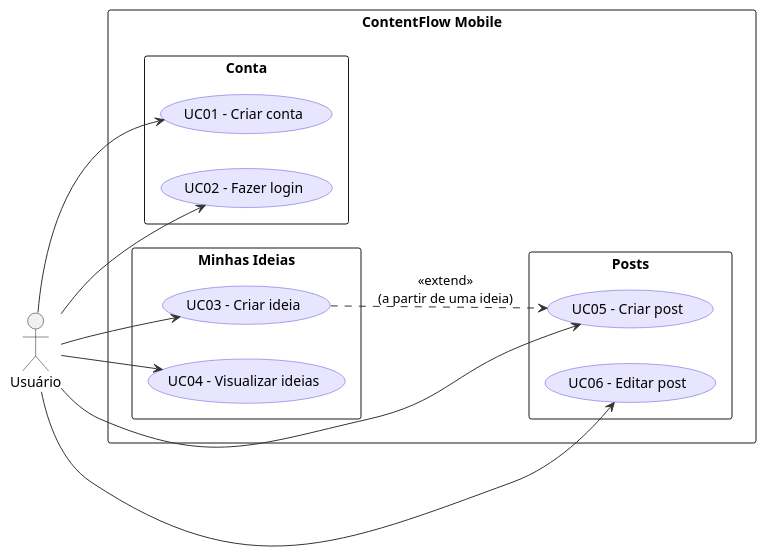
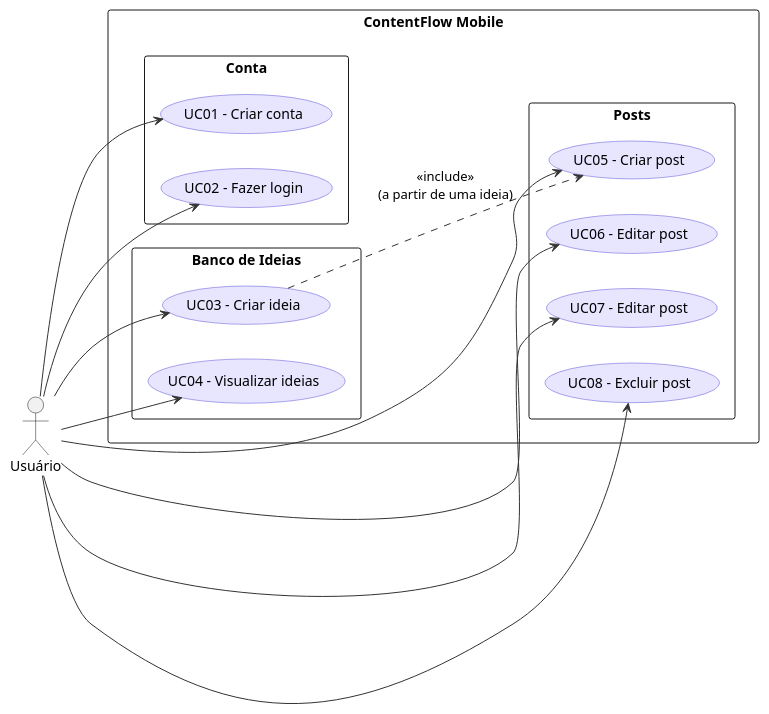
The diagram in docs/Diagrama-de-casos-de-uso/Diagrama-v0.1.puml (Jamilly-Pedrosa/ContentFlow-app), drawn with PlantUML before and after one commit.

Commit message:
docs: Implementa mais casos de uso

```diff
--- a/docs/Diagrama-de-casos-de-uso/Diagrama-v0.1.puml
+++ b/docs/Diagrama-de-casos-de-uso/Diagrama-v0.1.puml
@@ -1,44 +1,49 @@
 @startuml
 left to right direction
 
 skinparam packageStyle rectangle
 skinparam usecase {
     BackgroundColor #E8E5FF
     BorderColor #5B50D6
     ArrowColor #333333
 }
 
 actor "Usuário" as usuario
 
 rectangle "ContentFlow Mobile" {
 
     package "Conta" {
         usecase "UC01 - Criar conta" as UC01
         usecase "UC02 - Fazer login" as UC02
     }
 
-    package "Minhas Ideias" {
+    package "Banco de Ideias" {
         usecase "UC03 - Criar ideia" as UC03
         usecase "UC04 - Visualizar ideias" as UC04
     }
 
     package "Posts" {
         usecase "UC05 - Criar post" as UC05
         usecase "UC06 - Editar post" as UC06
+        usecase "UC07 - Editar post" as UC07
+        usecase "UC08 - Excluir post" as UC08
     }
 }
 
 ' Interações do usuário
 usuario --> UC01
 usuario --> UC02
 
 usuario --> UC03
 usuario --> UC04
 
 usuario --> UC05
 usuario --> UC06
 
+usuario --> UC07
+usuario --> UC08
+
 ' Relação entre funcionalidades
-UC03 ..> UC05 : <<extend>>\n(a partir de uma ideia)
+UC03 ..> UC05 : <<include>>\n(a partir de uma ideia)
 
 @enduml
```
